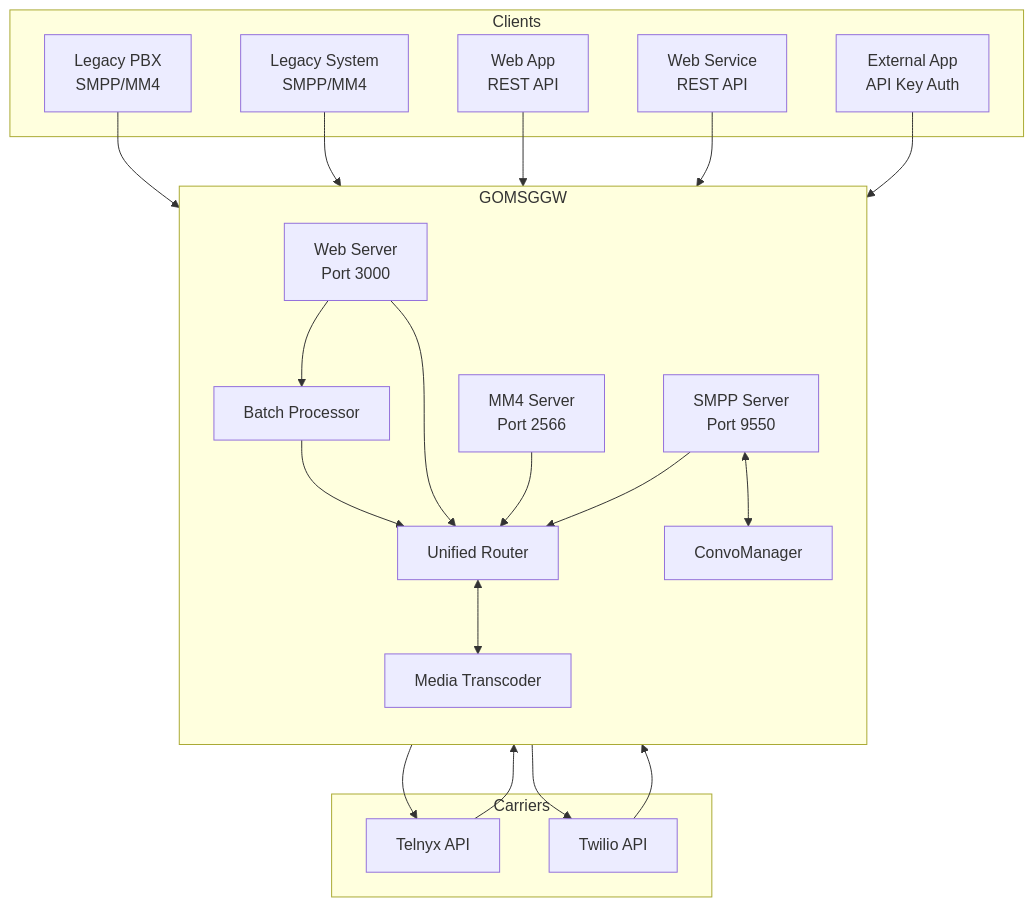
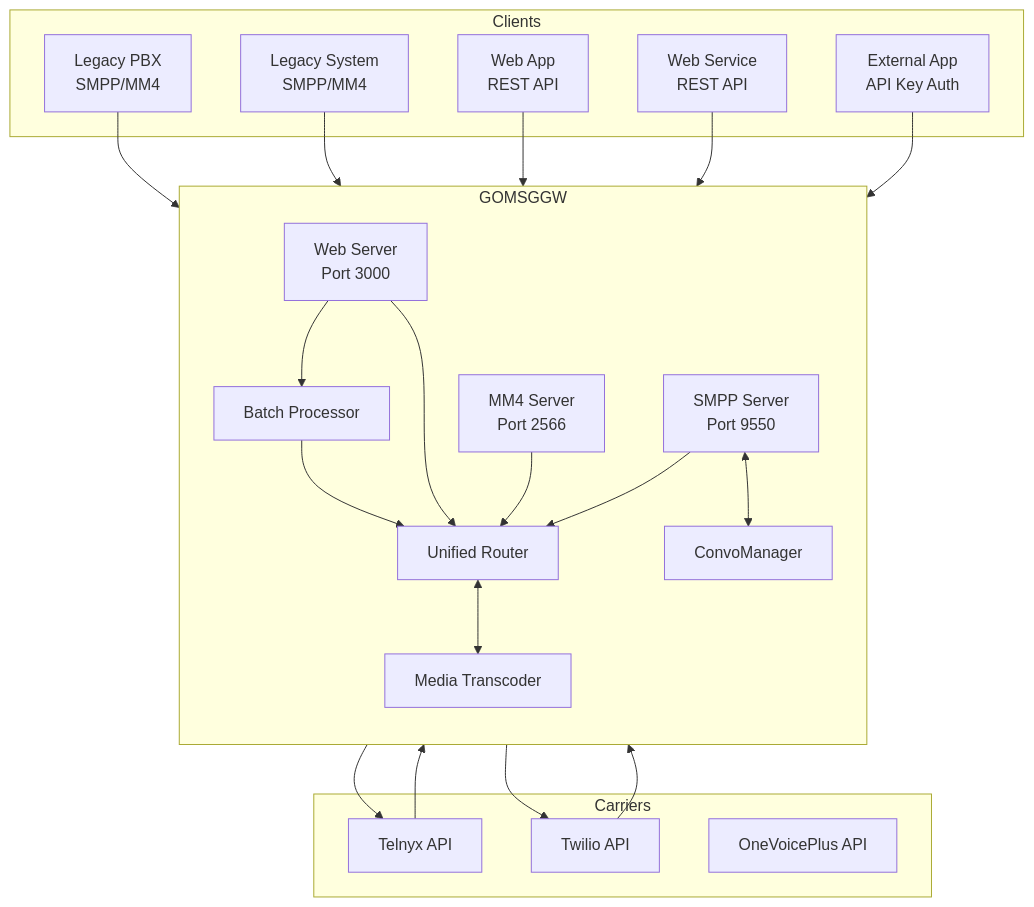
The first of 8 diagrams in docs/architecture.md (sagostin/gomsggw), drawn with Mermaid before and after one commit. The commit also changed 6 other files, not shown here.

````diff
--- a/docs/architecture.md
+++ b/docs/architecture.md
@@ -25,46 +25,47 @@
 ```mermaid
 graph TB
     subgraph "Clients"
         LC1[Legacy PBX<br/>SMPP/MM4]
         LC2[Legacy System<br/>SMPP/MM4]
         WC1[Web App<br/>REST API]
         WC2[Web Service<br/>REST API]
         EA1[External App<br/>API Key Auth]
     end
     
     subgraph "GOMSGGW"
         direction TB
         SMPP[SMPP Server<br/>Port 9550]
         MM4[MM4 Server<br/>Port 2566]
         WEB[Web Server<br/>Port 3000]
         
         ROUTER[Unified Router]
         TRANS[Media Transcoder]
         CONVO[ConvoManager]
         BATCH[Batch Processor]
         
         SMPP --> ROUTER
         MM4 --> ROUTER
         WEB --> ROUTER
         BATCH --> ROUTER
         ROUTER <--> TRANS
         SMPP <--> CONVO
     end
     
     subgraph "Carriers"
         TEL[Telnyx API]
         TWI[Twilio API]
+        OVP[OneVoicePlus API]
     end
     
     LC1 --> SMPP
     LC2 --> MM4
     WC1 --> WEB
     WC2 --> WEB
     EA1 --> WEB
     WEB --> BATCH
     
     ROUTER --> TEL
     ROUTER --> TWI
     TEL --> WEB
     TWI --> WEB
 ```
````
